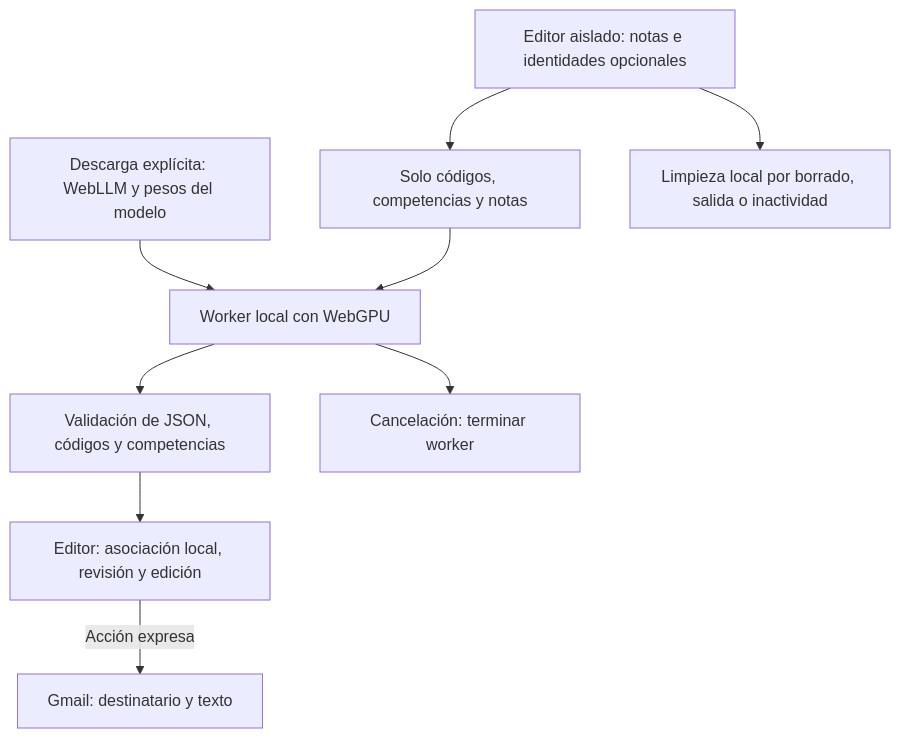
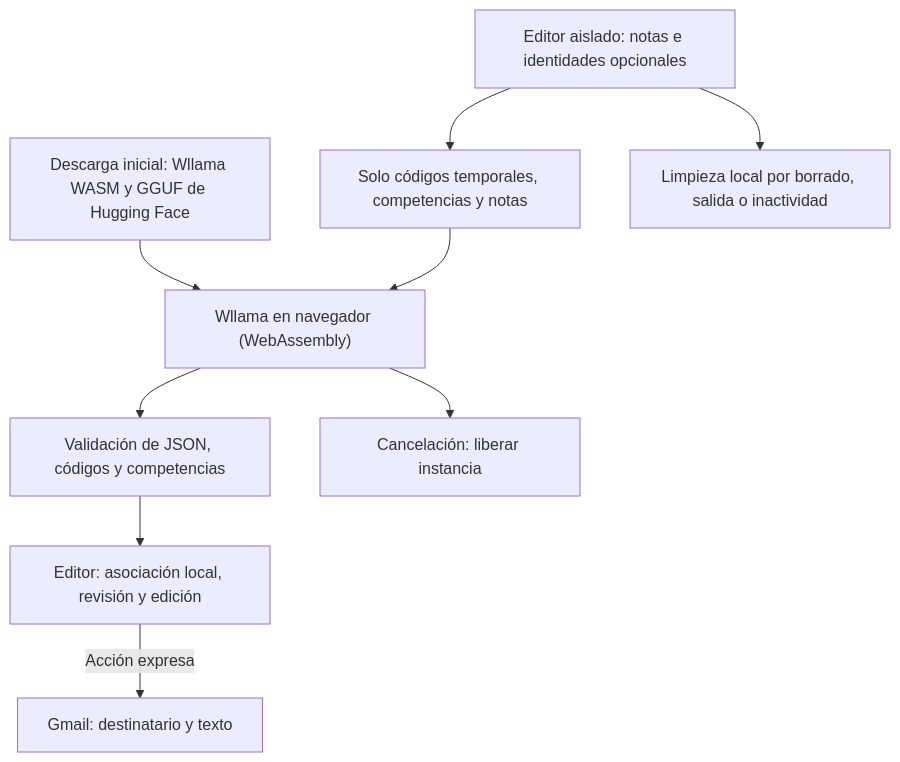
One commit to cuatrovientos-ci/cc-feedback changed the diagram in README.md. Above: the diagram before and after it, drawn with Mermaid. The commit also changed other lines of this file and 8 other files, not shown here.

````diff
--- a/README.md
+++ b/README.md
@@ -31,11 +38,11 @@
 ```mermaid
 flowchart TD
-    D["Descarga explícita: WebLLM y pesos del modelo"] --> W["Worker local con WebGPU"]
-    E["Editor aislado: notas e identidades opcionales"] --> P["Solo códigos, competencias y notas"]
+    D["Descarga inicial: Wllama WASM y GGUF de Hugging Face"] --> W["Wllama en navegador (WebAssembly)"]
+    E["Editor aislado: notas e identidades opcionales"] --> P["Solo códigos temporales, competencias y notas"]
     P --> W
     W --> V["Validación de JSON, códigos y competencias"]
     V --> R["Editor: asociación local, revisión y edición"]
     R -->|"Acción expresa"| G["Gmail: destinatario y texto"]
     E --> X["Limpieza local por borrado, salida o inactividad"]
-    W --> C["Cancelación: terminar worker"]
+    W --> C["Cancelación: liberar instancia"]
 ```
````
